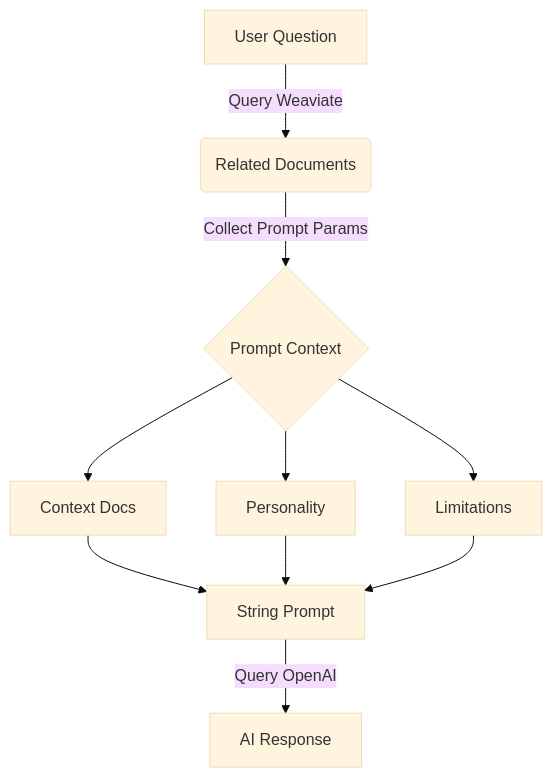
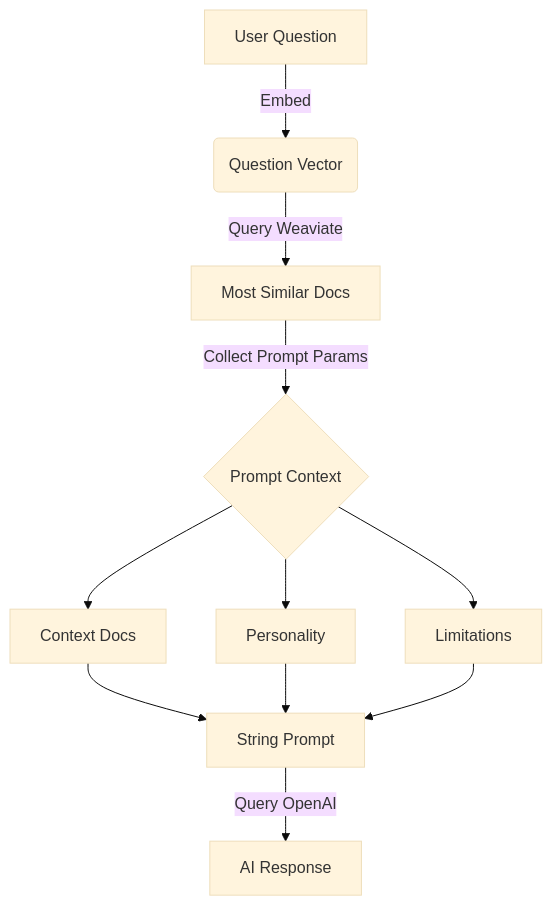
The second of 2 diagrams in README.md (PostHog/max-ai), drawn with Mermaid (base theme) before and after one commit.

Commit message:
update flow diagrams

````diff
--- a/README.md
+++ b/README.md
@@ -58,12 +58,13 @@
 ```mermaid
 flowchart TD
-    A[User Question] -->|Query Weaviate| B(Related Documents)
-    B -->|Collect Prompt Params| C{Prompt Context}
+    A[User Question] -->|Embed| I(Question Vector)
+    I -->|Query Weaviate|J[Most Similar Docs]
+    J -->|Collect Prompt Params| C{Prompt Context}
     C --> D[Limitations]
     C --> E[Personality]
     C --> F[Context Docs]
     F --> G[String Prompt]
     E --> G
     D --> G
     G -->|Query OpenAI|H[AI Response]
 ```
````
